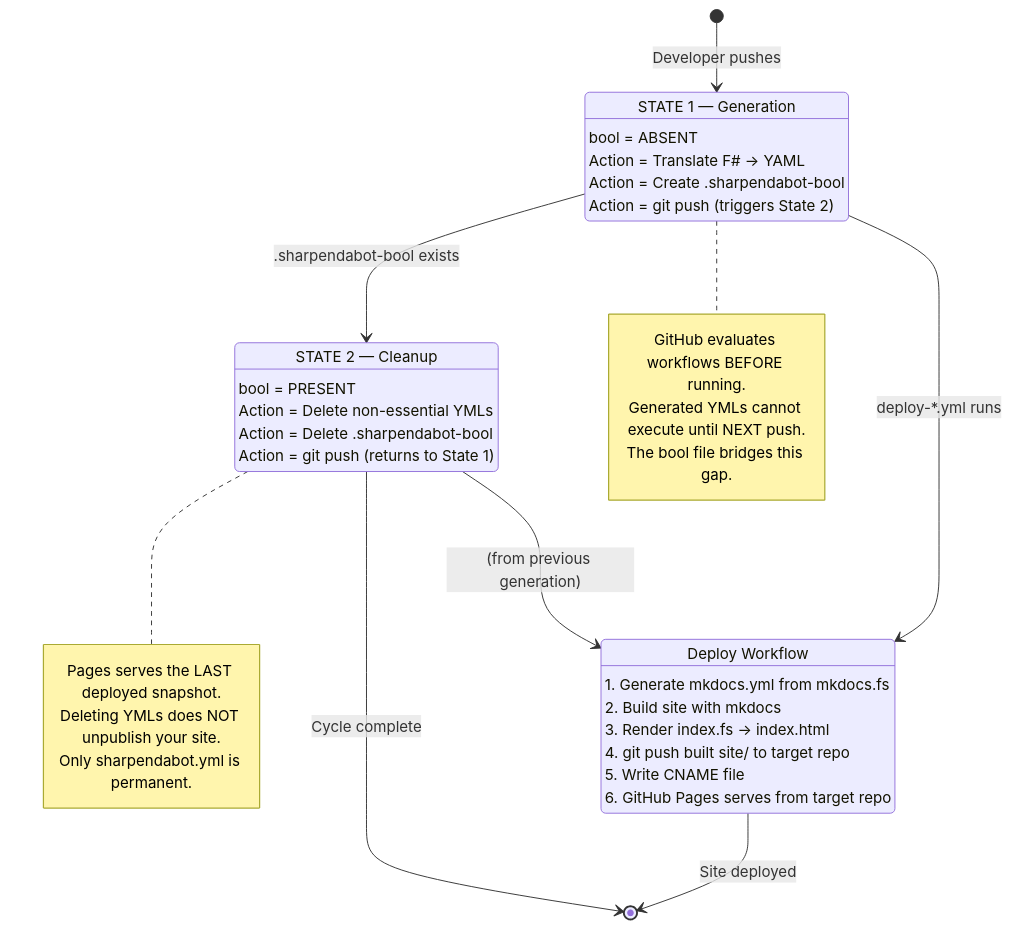
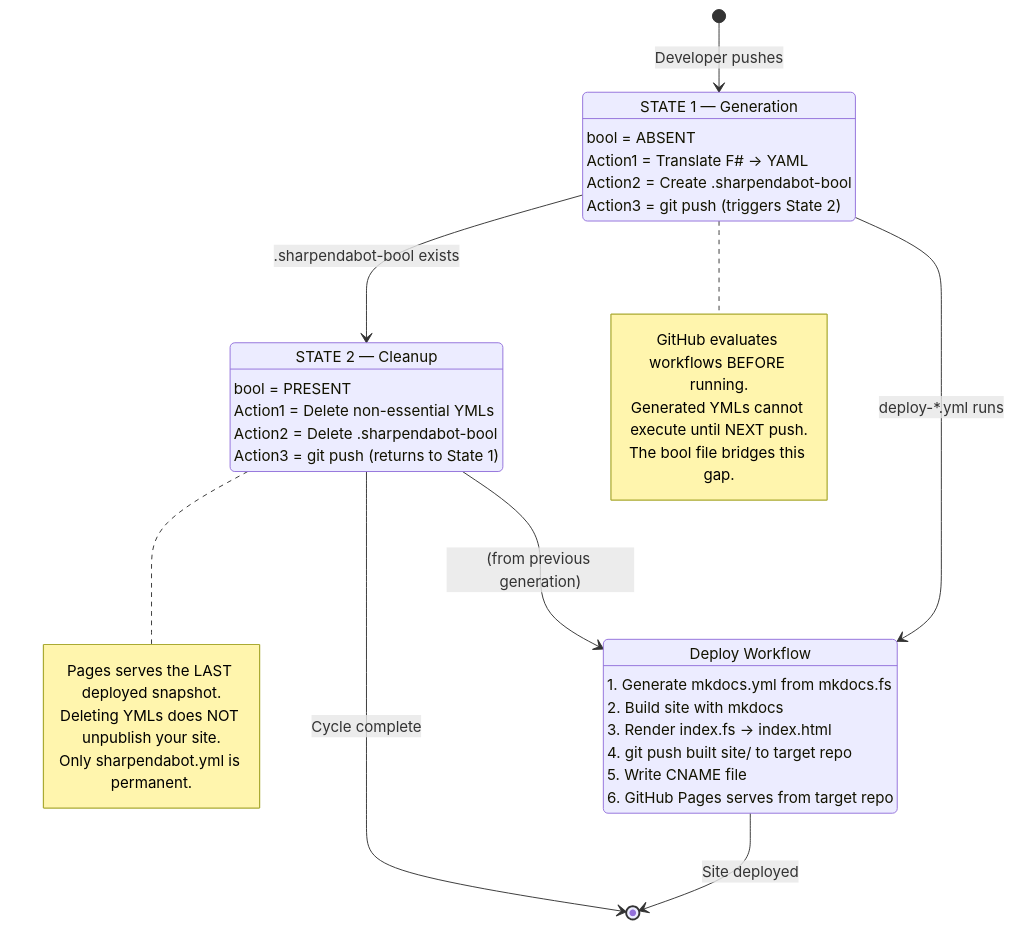
One commit to CommanderTurtle/fsharp-material changed the second of 3 diagrams in documentation/architecture/README.md. Above: the diagram before and after it, drawn with Mermaid.

Commit message:
Refactor actions in state machine diagram

````diff
--- a/documentation/architecture/README.md
+++ b/documentation/architecture/README.md
@@ -1054,45 +1054,45 @@
 ```mermaid
 stateDiagram-v2
     [*] --> State1 : Developer pushes
 
     State1 : STATE 1 — Generation
     State1 : bool = ABSENT
-    State1 : Action = Translate F# → YAML
-    State1 : Action = Create .sharpendabot-bool
-    State1 : Action = git push (triggers State 2)
+    State1 : Action1 = Translate F# → YAML
+    State1 : Action2 = Create .sharpendabot-bool
+    State1 : Action3 = git push (triggers State 2)
 
     State1 --> State2 : .sharpendabot-bool exists
 
     State2 : STATE 2 — Cleanup
     State2 : bool = PRESENT
-    State2 : Action = Delete non-essential YMLs
-    State2 : Action = Delete .sharpendabot-bool
-    State2 : Action = git push (returns to State 1)
+    State2 : Action1 = Delete non-essential YMLs
+    State2 : Action2 = Delete .sharpendabot-bool
+    State2 : Action3 = git push (returns to State 1)
 
     note right of State1
         GitHub evaluates workflows BEFORE running.
         Generated YMLs cannot execute until NEXT push.
         The bool file bridges this gap.
     end note
 
     note right of State2
         Pages serves the LAST deployed snapshot.
         Deleting YMLs does NOT unpublish your site.
         Only sharpendabot.yml is permanent.
     end note
 
     State2 --> [*] : Cycle complete
 
     State1 --> DeployWork : deploy-*.yml runs
     State2 --> DeployWork : (from previous generation)
 
     DeployWork : Deploy Workflow
     DeployWork : 1. Generate mkdocs.yml from mkdocs.fs
     DeployWork : 2. Build site with mkdocs
     DeployWork : 3. Render index.fs → index.html
     DeployWork : 4. git push built site/ to target repo
     DeployWork : 5. Write CNAME file
     DeployWork : 6. GitHub Pages serves from target repo
 
     DeployWork --> [*] : Site deployed
 ```
````
